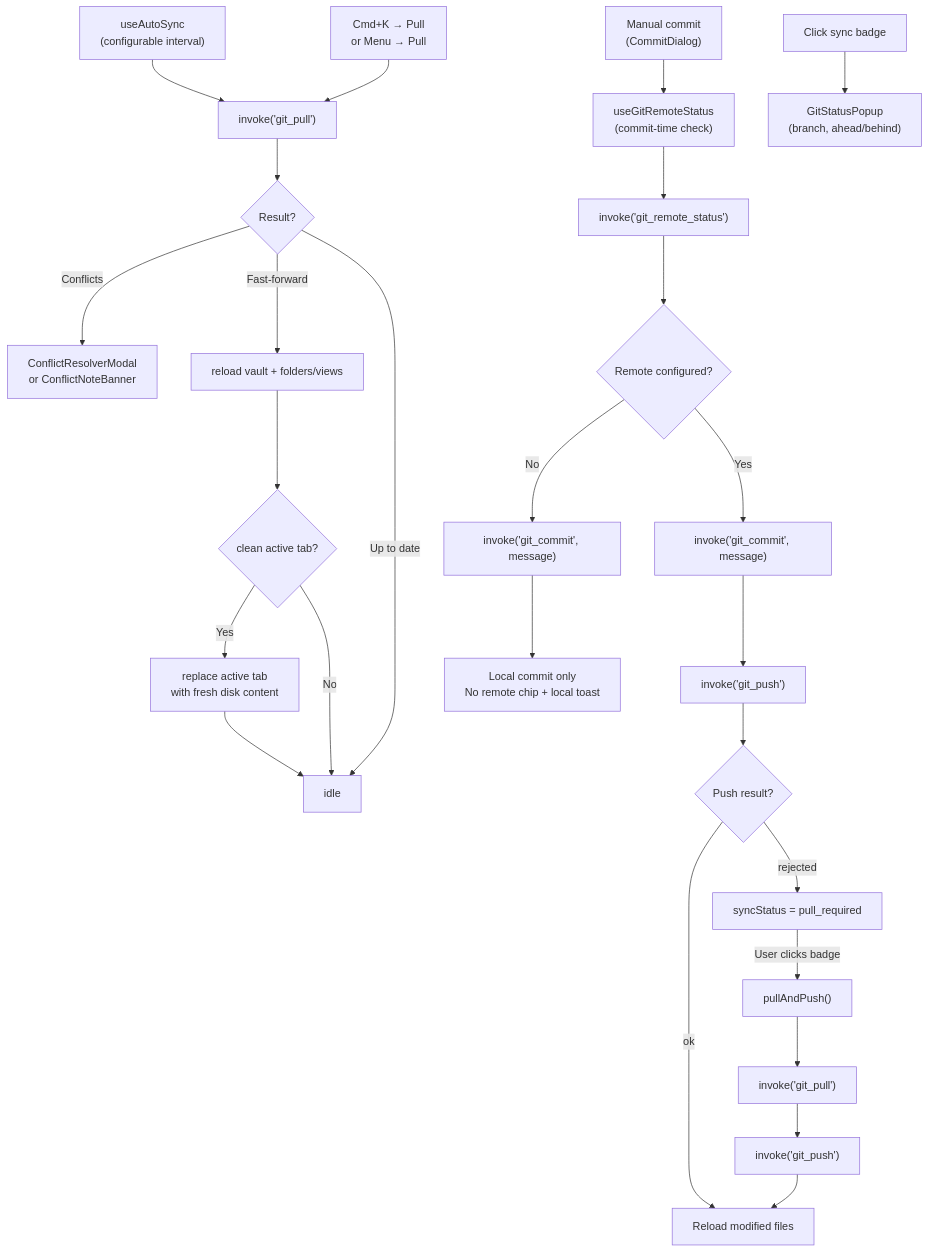
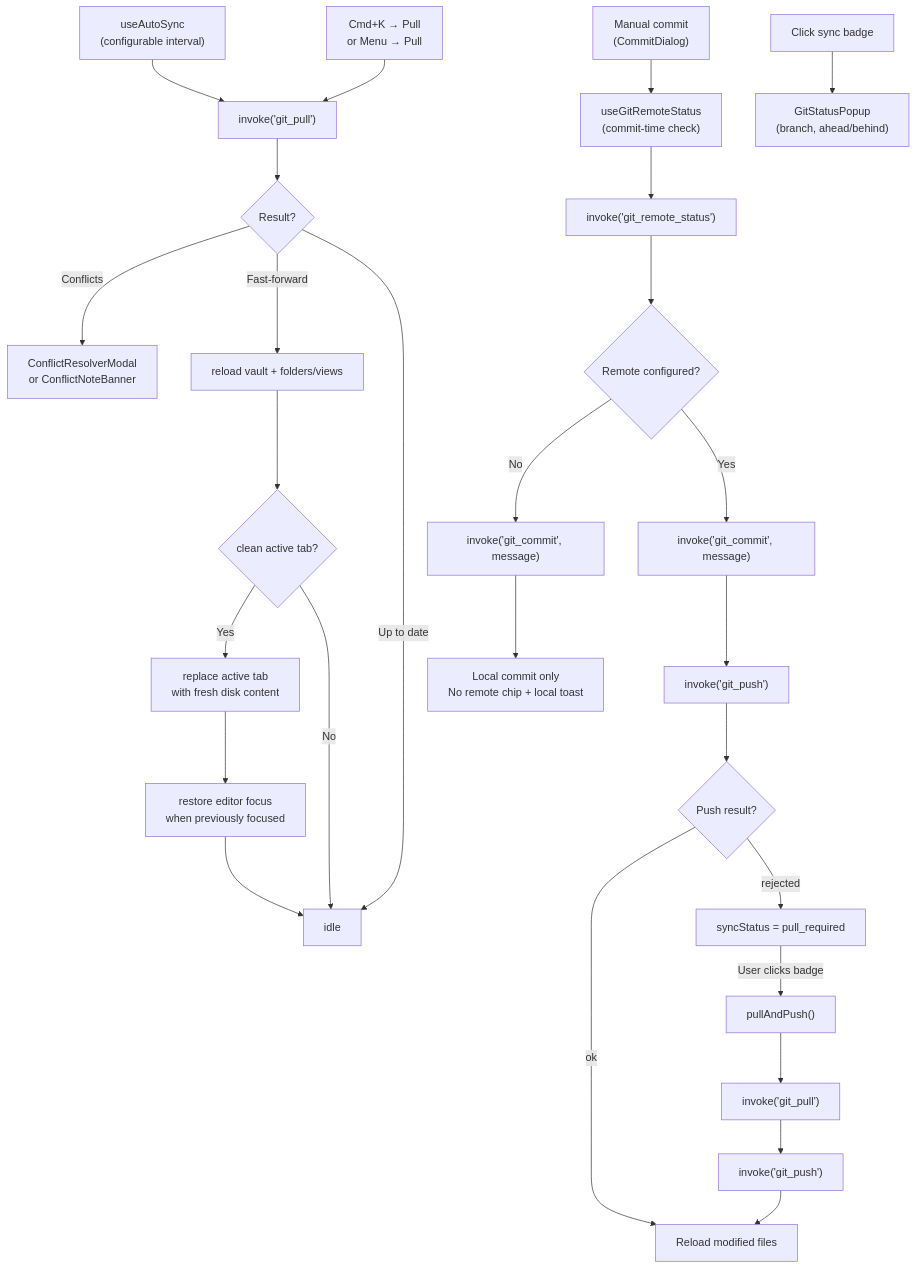
One commit to aimeritething/Fuwa changed the ninth of 10 diagrams in docs/ARCHITECTURE.md. Above: the diagram before and after it, drawn with Mermaid. The commit also changed other lines of this file and 6 other files, not shown here.

Commit message:
fix: restore editor focus after active refresh

````diff
--- a/docs/ARCHITECTURE.md
+++ b/docs/ARCHITECTURE.md
@@ -643,30 +643,31 @@
 ```mermaid
 flowchart TD
     AS["useAutoSync\n(configurable interval)"] --> PULL["invoke('git_pull')"]
     PULL --> PC{Result?}
     PC -->|Conflicts| CM["ConflictResolverModal\nor ConflictNoteBanner"]
     PC -->|Fast-forward| RV["reload vault + folders/views"]
     RV --> TAB{"clean active tab?"}
     TAB -->|Yes| RT["replace active tab\nwith fresh disk content"]
     TAB -->|No| DONE["idle"]
-    RT --> DONE
+    RT --> RF["restore editor focus\nwhen previously focused"]
+    RF --> DONE
     PC -->|Up to date| DONE["idle"]
 
     MAN["Manual commit\n(CommitDialog)"] --> RS["useGitRemoteStatus\n(commit-time check)"]
     RS --> RCHK["invoke('git_remote_status')"]
     RCHK --> RMODE{Remote configured?}
     RMODE -->|No| GC["invoke('git_commit', message)"]
     GC --> LOCAL["Local commit only\nNo remote chip + local toast"]
     RMODE -->|Yes| GC2["invoke('git_commit', message)"]
     GC2 --> GP["invoke('git_push')"]
     GP --> PR{Push result?}
     PR -->|ok| RM["Reload modified files"]
     PR -->|rejected| DIV["syncStatus = pull_required"]
     DIV -->|User clicks badge| PAP["pullAndPush()"]
     PAP --> PULL2["invoke('git_pull')"]
     PULL2 --> GP2["invoke('git_push')"]
     GP2 --> RM
 
     CMD["Cmd+K → Pull\nor Menu → Pull"] --> PULL
     STATUS["Click sync badge"] --> POPUP["GitStatusPopup\n(branch, ahead/behind)"]
 ```
````
